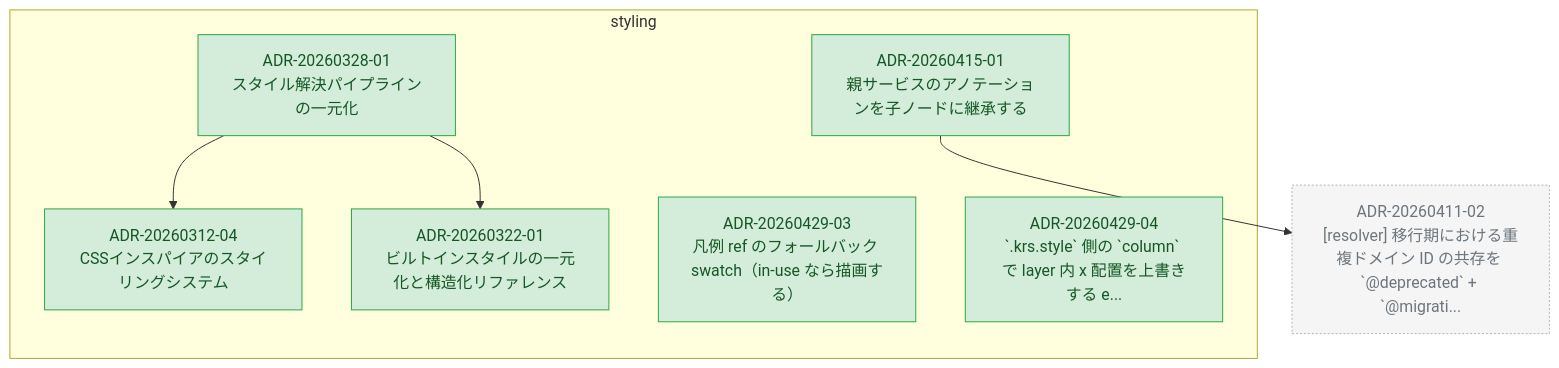
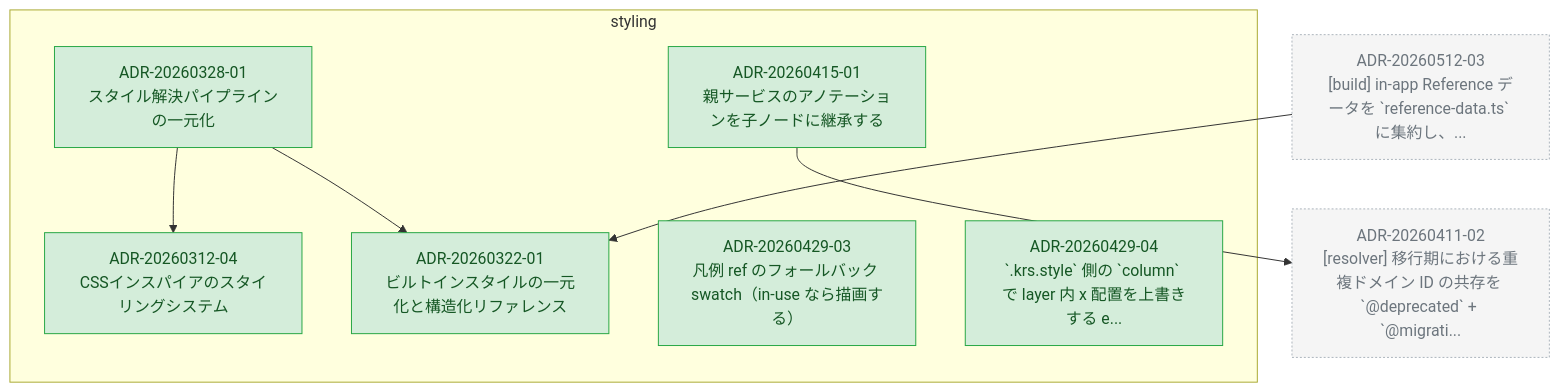
The diagram in docs/adr/graph/styling.md (kompiro/karasu), drawn with Mermaid before and after one commit. The commit also changed 13 other files, not shown here.

First line of the commit message:
docs(adr): promote reference-data single-source design to ADR-20260512-03 (Closes #1328)

````diff
--- a/docs/adr/graph/styling.md
+++ b/docs/adr/graph/styling.md
@@ -6,29 +6,32 @@
 ```mermaid
 flowchart TD
   subgraph styling["styling"]
     ADR_20260312_04["ADR-20260312-04<br/>CSSインスパイアのスタイリングシステム"]
     ADR_20260322_01["ADR-20260322-01<br/>ビルトインスタイルの一元化と構造化リファレンス"]
     ADR_20260328_01["ADR-20260328-01<br/>スタイル解決パイプラインの一元化"]
     ADR_20260415_01["ADR-20260415-01<br/>親サービスのアノテーションを子ノードに継承する"]
     ADR_20260429_03["ADR-20260429-03<br/>凡例 ref のフォールバック swatch（in-use なら描画する）"]
     ADR_20260429_04["ADR-20260429-04<br/>`.krs.style` 側の `column` で layer 内 x 配置を上書きする e..."]
   end
   ADR_20260411_02["ADR-20260411-02<br/>[resolver] 移行期における重複ドメイン ID の共存を `@deprecated` + `@migrati..."]
+  ADR_20260512_03["ADR-20260512-03<br/>[build] in-app Reference データを `reference-data.ts` に集約し、..."]
   ADR_20260328_01 --> ADR_20260312_04
   ADR_20260328_01 --> ADR_20260322_01
   ADR_20260415_01 --> ADR_20260411_02
+  ADR_20260512_03 --> ADR_20260322_01
 
   classDef accepted fill:#d4edda,stroke:#28a745,color:#155724
   classDef proposed fill:#fff3cd,stroke:#ffc107,color:#856404
   classDef deprecated fill:#f8d7da,stroke:#dc3545,color:#721c24
   classDef superseded fill:#e2e3e5,stroke:#6c757d,color:#383d41
   classDef not_adopted fill:#e2e3e5,stroke:#6c757d,color:#383d41,stroke-dasharray:3 3
   classDef ghost fill:#f5f5f5,stroke:#adb5bd,color:#6c757d,stroke-dasharray:2 2
   class ADR_20260312_04 accepted
   class ADR_20260322_01 accepted
   class ADR_20260328_01 accepted
   class ADR_20260415_01 accepted
   class ADR_20260429_03 accepted
   class ADR_20260429_04 accepted
   class ADR_20260411_02 ghost
+  class ADR_20260512_03 ghost
 ```
````
